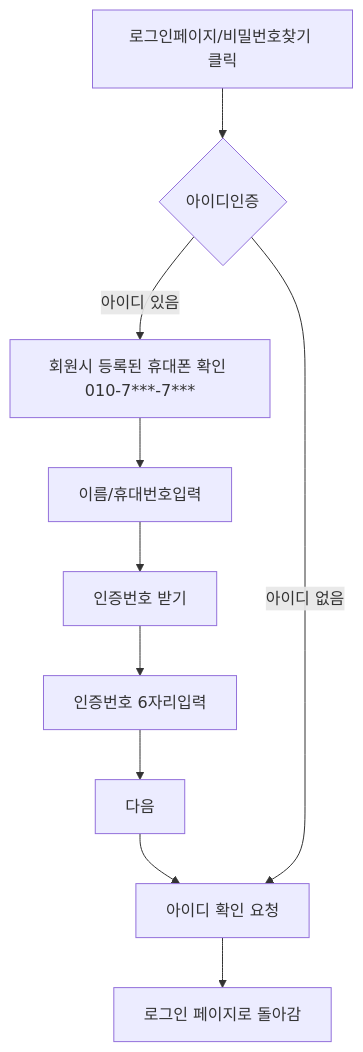
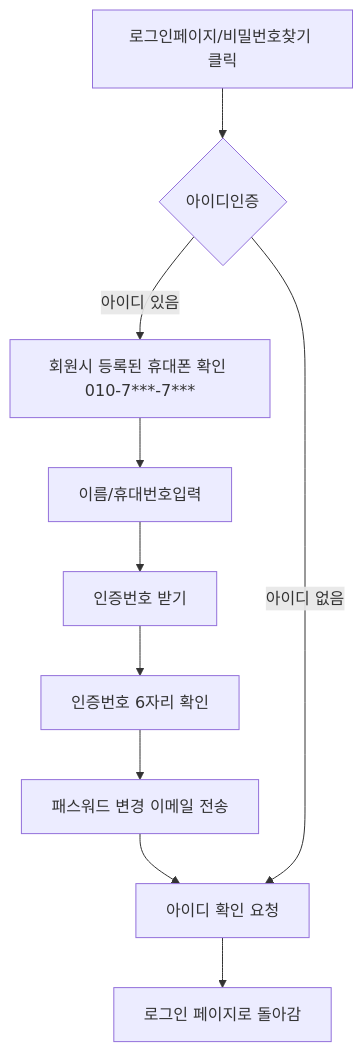
The second of 3 diagrams in login_기능정의서.md (95126m/OnboardingProject), drawn with Mermaid before and after one commit.

````diff
--- a/login_기능정의서.md
+++ b/login_기능정의서.md
@@ -49,7 +49,7 @@
 ```mermaid
 flowchart TD
-    A[로그인페이지/비밀번호찾기 클릭]-->B[아이디 입력] -- 아이디 있음 --> c[회원시 등록된 휴대폰 확인 010-7***-7***]-->d[이름/휴대번호입력]-->e[인증번호 받기]-->f[인증번호 6자리입력]-->g[다음]-->h[가입된 이메일로 암호변경 링크 발송]
+    A[로그인페이지/비밀번호찾기 클릭]-->B[아이디 입력] -- 아이디 있음 --> c[회원시 등록된 휴대폰 확인 010-7***-7***]-->d[이름/휴대번호입력]-->e[인증번호 받기]-->f[인증번호 6자리 확인]-->g[패스워드 변경 이메일 전송]-->h[가입된 이메일로 암호변경 링크 발송]
     B{아이디인증} -- 아이디 없음 -->h[아이디 확인 요청]-->i[로그인 페이지로 돌아감]
 
  
 ```
````
